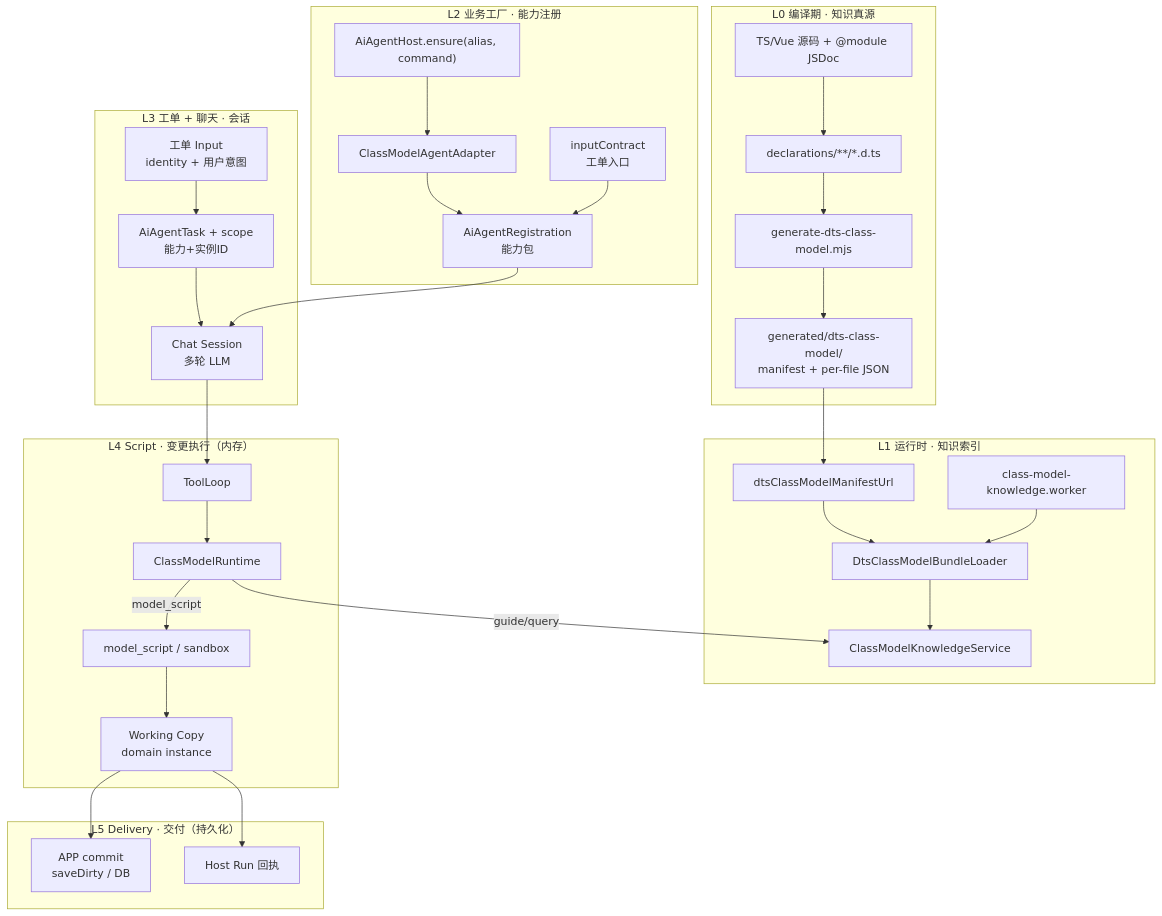
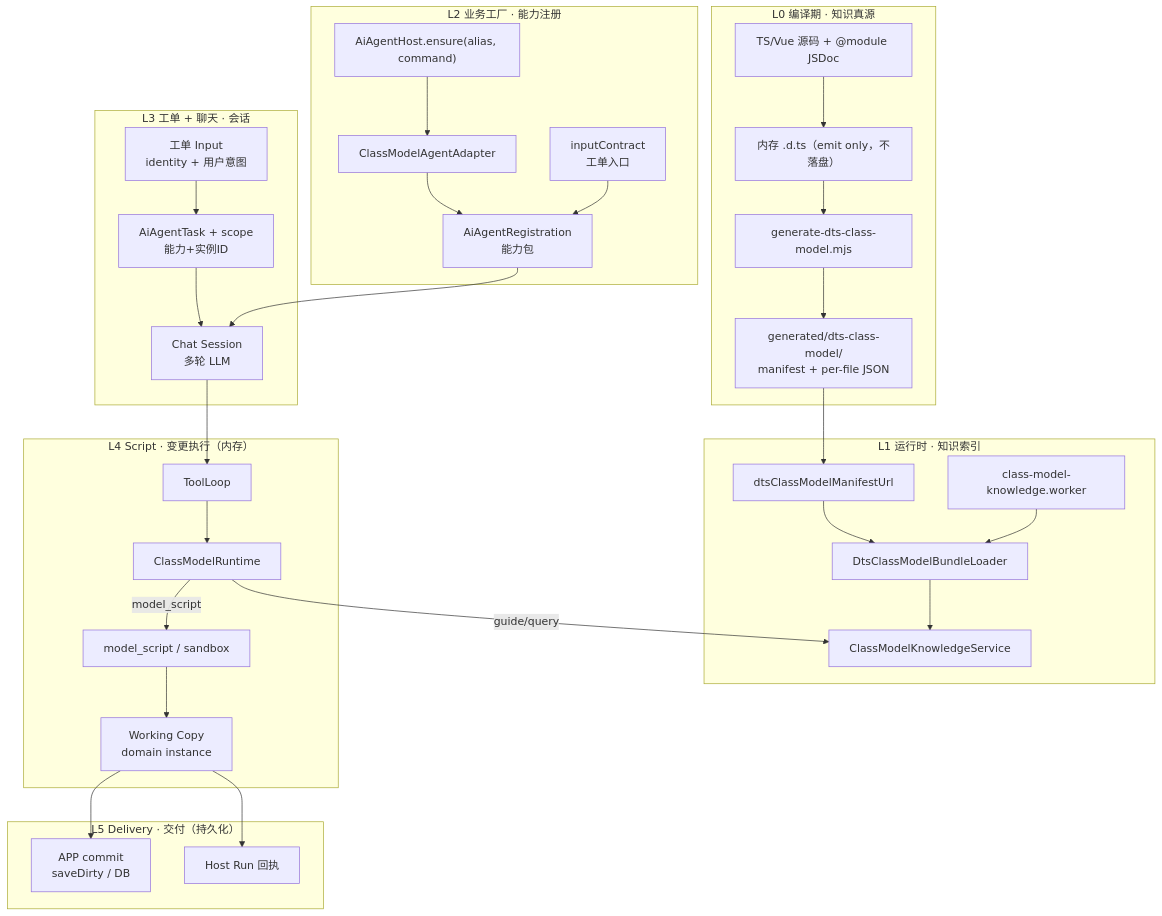
The diagram in packages/spark-ai/docs/spark-ai-platform.md (LMSpark/spark-view-vue), drawn with Mermaid before and after one commit. The commit also changed other lines of this file and 2696 other files, not shown here.

````diff
--- a/packages/spark-ai/docs/spark-ai-platform.md
+++ b/packages/spark-ai/docs/spark-ai-platform.md
@@ -126,55 +126,55 @@
 ```mermaid
 flowchart TB
   subgraph L0["L0 编译期 · 知识真源"]
     SRC["TS/Vue 源码 + @module JSDoc"]
-    DTS["declarations/**/*.d.ts"]
+    DTS["内存 .d.ts（emit only，不落盘）"]
     GEN["generate-dts-class-model.mjs"]
     BUNDLE["generated/dts-class-model/<br/>manifest + per-file JSON"]
     SRC --> DTS --> GEN --> BUNDLE
   end
 
   subgraph L1["L1 运行时 · 知识索引"]
     URL["dtsClassModelManifestUrl"]
     WORKER["class-model-knowledge.worker"]
     LOADER["DtsClassModelBundleLoader"]
     KS["ClassModelKnowledgeService"]
     URL --> LOADER
     WORKER --> LOADER --> KS
   end
 
   subgraph L2["L2 业务工厂 · 能力注册"]
     ENSURE["AiAgentHost.ensure(alias, command)"]
     ADAPTER["ClassModelAgentAdapter"]
     REG["AiAgentRegistration<br/>能力包"]
     CONTRACT["inputContract<br/>工单入口"]
     ENSURE --> ADAPTER --> REG
     CONTRACT --> REG
   end
 
   subgraph L3["L3 工单 + 聊天 · 会话"]
     INPUT["工单 Input<br/>identity + 用户意图"]
     TASK["AiAgentTask + scope<br/>能力+实例ID"]
     CHAT["Chat Session<br/>多轮 LLM"]
     INPUT --> TASK --> CHAT
   end
 
   subgraph L4["L4 Script · 变更执行（内存）"]
     LOOP["ToolLoop"]
     RT["ClassModelRuntime"]
     SCRIPT["model_script / sandbox"]
     WC["Working Copy<br/>domain instance"]
     CHAT --> LOOP --> RT
     RT -->|model_script| SCRIPT --> WC
     RT -->|guide/query| KS
   end
 
   subgraph L5["L5 Delivery · 交付（持久化）"]
     COMMIT["APP commit<br/>saveDirty / DB"]
     RECEIPT["Host Run 回执"]
     WC --> COMMIT
     WC --> RECEIPT
   end
 
   BUNDLE --> URL
   REG --> CHAT
 ```
````
